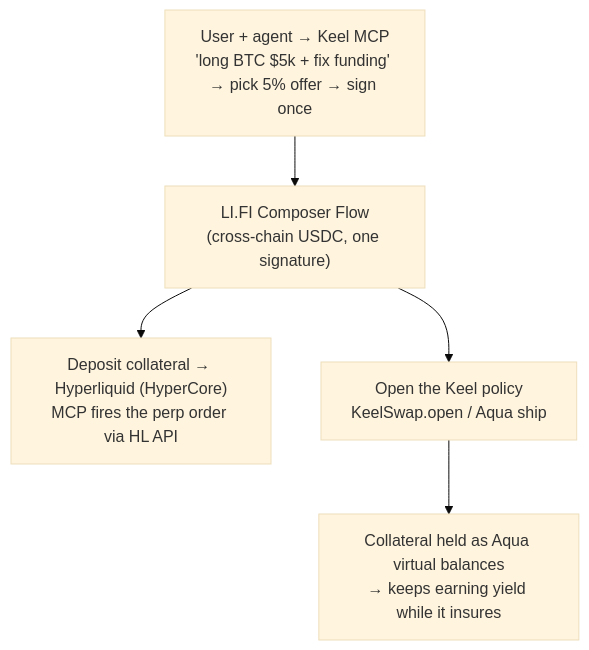
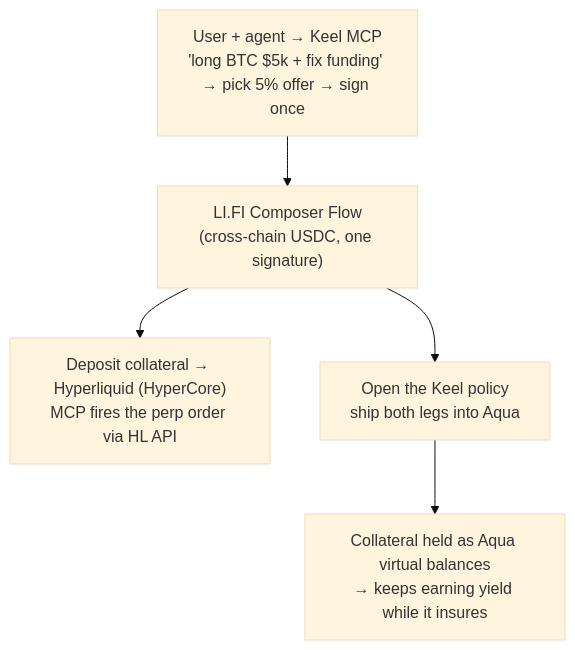
The first of 3 diagrams in docs/flows.md (0xYudhishthra/TenorFi), drawn with Mermaid (base theme) before and after one commit. The commit also changed other lines of this file and 4 other files, not shown here.

First line of the commit message:
docs: adopt insurance/reserve terminology repo-wide; fix flows.md to Aqua-only

````diff
--- a/docs/flows.md
+++ b/docs/flows.md
@@ -91,7 +91,7 @@
 ```mermaid
 flowchart TB
     AGENT["User + agent → Keel MCP<br/>'long BTC $5k + fix funding' → pick 5% offer → sign once"] --> FLOW["LI.FI Composer Flow<br/>(cross-chain USDC, one signature)"]
     FLOW --> HL["Deposit collateral → Hyperliquid (HyperCore)<br/>MCP fires the perp order via HL API"]
-    FLOW --> KEEL["Open the Keel policy<br/>KeelSwap.open / Aqua ship"]
+    FLOW --> KEEL["Open the Keel policy<br/>ship both legs into Aqua"]
     KEEL --> AQUA["Collateral held as Aqua virtual balances<br/>→ keeps earning yield while it insures"]
 ```
````
